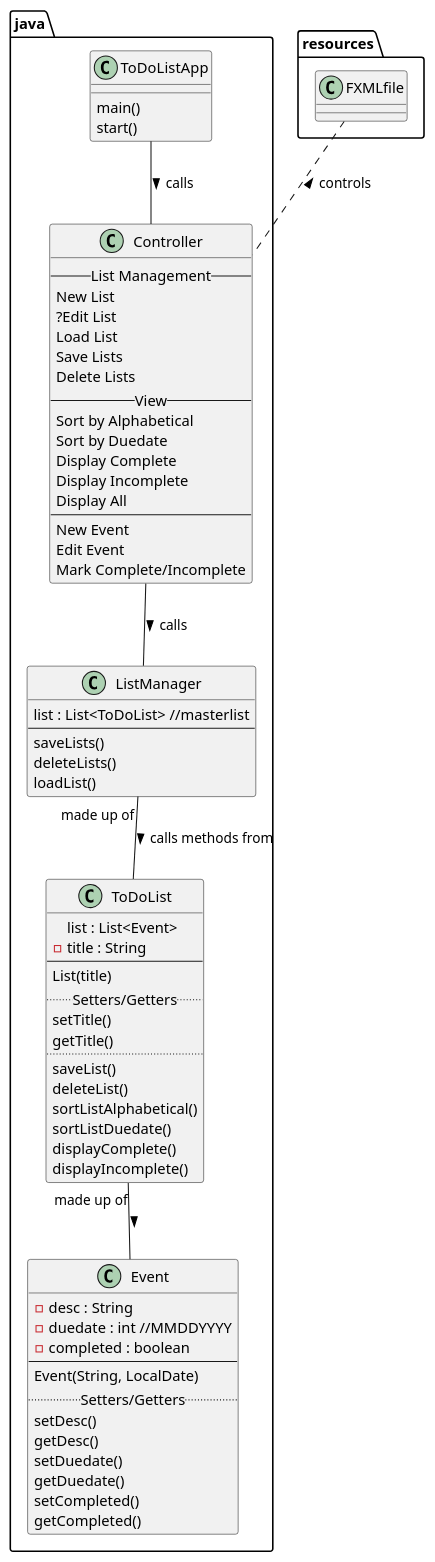
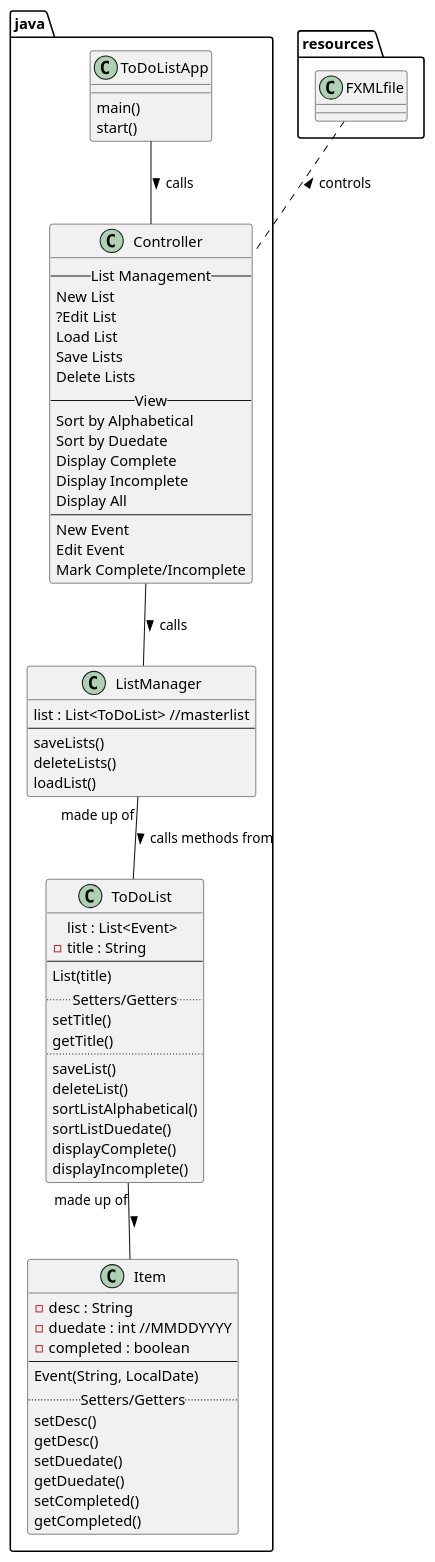
The diagram in uml/ListManager.puml (kiwibrie/juntunen-cop3330-assignment4part2), drawn with PlantUML before and after one commit.

Commit message:
minor edits to puml

```diff
--- a/uml/ListManager.puml
+++ b/uml/ListManager.puml
@@ -1,76 +1,76 @@
 @startuml
 'https://plantuml.com/class-diagram
 
 class java.ListManager{
 list : List<ToDoList> //masterlist
 --
 saveLists()
 deleteLists()
 loadList()
 }
 
 class java.ToDoList {
 list : List<Event>
 -title : String
 --
 List(title)
 ..Setters/Getters..
 setTitle()
 getTitle()
 ..
 saveList()
 deleteList()
 sortListAlphabetical()
 sortListDuedate()
 displayComplete()
 displayIncomplete()
 }
 
-class java.Event {
+class java.Item {
 -desc : String
 -duedate : int //MMDDYYYY
 -completed : boolean
 --
 Event(String, LocalDate)
 ..Setters/Getters..
 setDesc()
 getDesc()
 setDuedate()
 getDuedate()
 setCompleted()
 getCompleted()
 }
 
-java.ToDoList "made up of" -- java.Event : >
+java.ToDoList "made up of" -- java.Item : >
 java.ListManager "made up of" -- java.ToDoList : > calls methods from
 
 java.ToDoListApp -- java.Controller : > calls
 resources.FXMLfile .. java.Controller : < controls
 java.Controller -- java.ListManager : > calls
 
 
 class java.Controller{
 --List Management--
 New List
 ?Edit List
 Load List
 Save Lists
 Delete Lists
 --View--
 Sort by Alphabetical
 Sort by Duedate
 Display Complete
 Display Incomplete
 Display All
 --
 New Event
 Edit Event
 Mark Complete/Incomplete
 }
 
 class java.ToDoListApp{
 main()
 start()
 }
 
 @enduml
```
